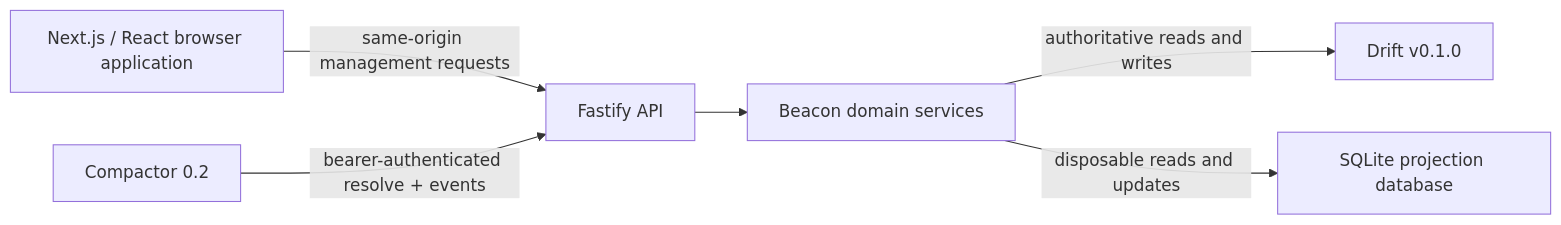
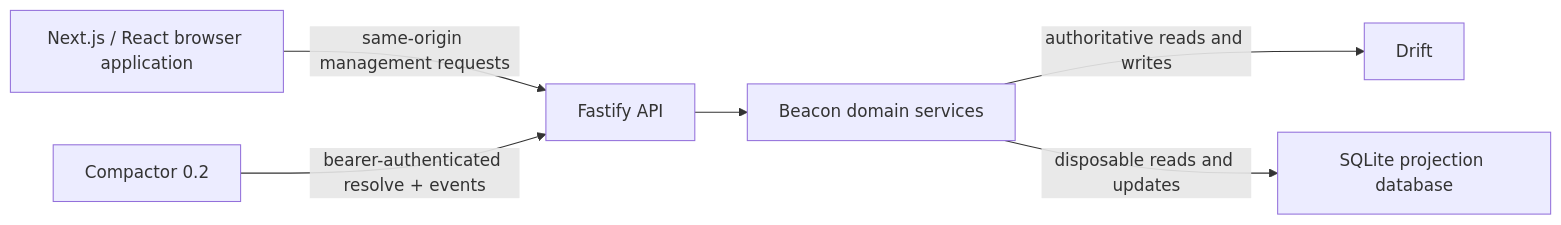
One commit to Grey-Harbor/Beacon changed the diagram in ARCHITECTURE.md. Above: the diagram before and after it, drawn with Mermaid. The commit also changed other lines of this file and 4 other files, not shown here.

````diff
--- a/ARCHITECTURE.md
+++ b/ARCHITECTURE.md
@@ -9,8 +9,8 @@
 ```mermaid
 flowchart LR
   Browser["Next.js / React browser application"] -->|"same-origin management requests"| API["Fastify API"]
   Compactor["Compactor 0.2"] -->|"bearer-authenticated resolve + events"| API
   API --> Domain["Beacon domain services"]
-  Domain -->|"authoritative reads and writes"| Drift["Drift v0.1.0"]
+  Domain -->|"authoritative reads and writes"| Drift["Drift"]
   Domain -->|"disposable reads and updates"| Projection["SQLite projection database"]
 ```
````
